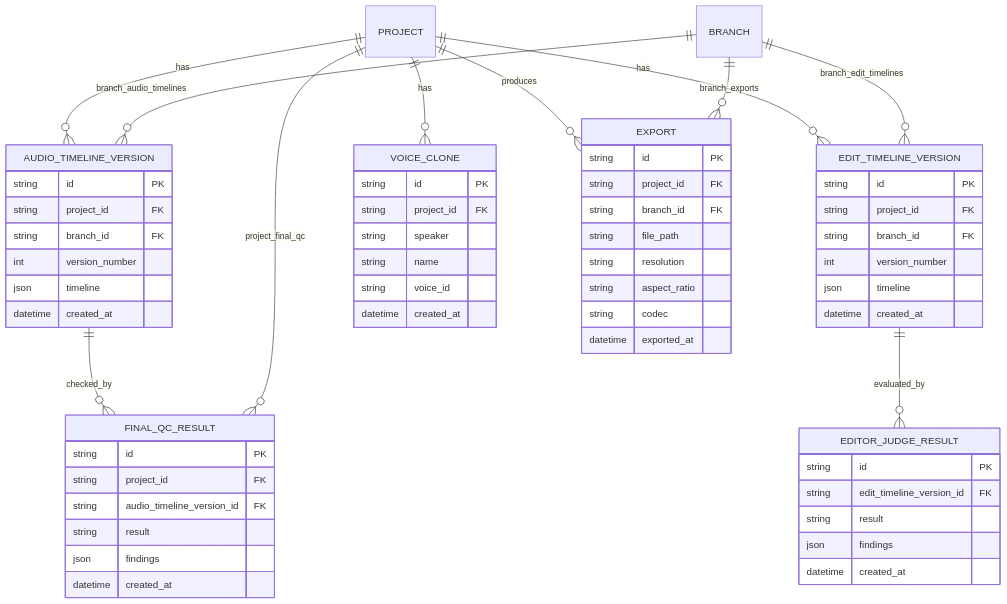
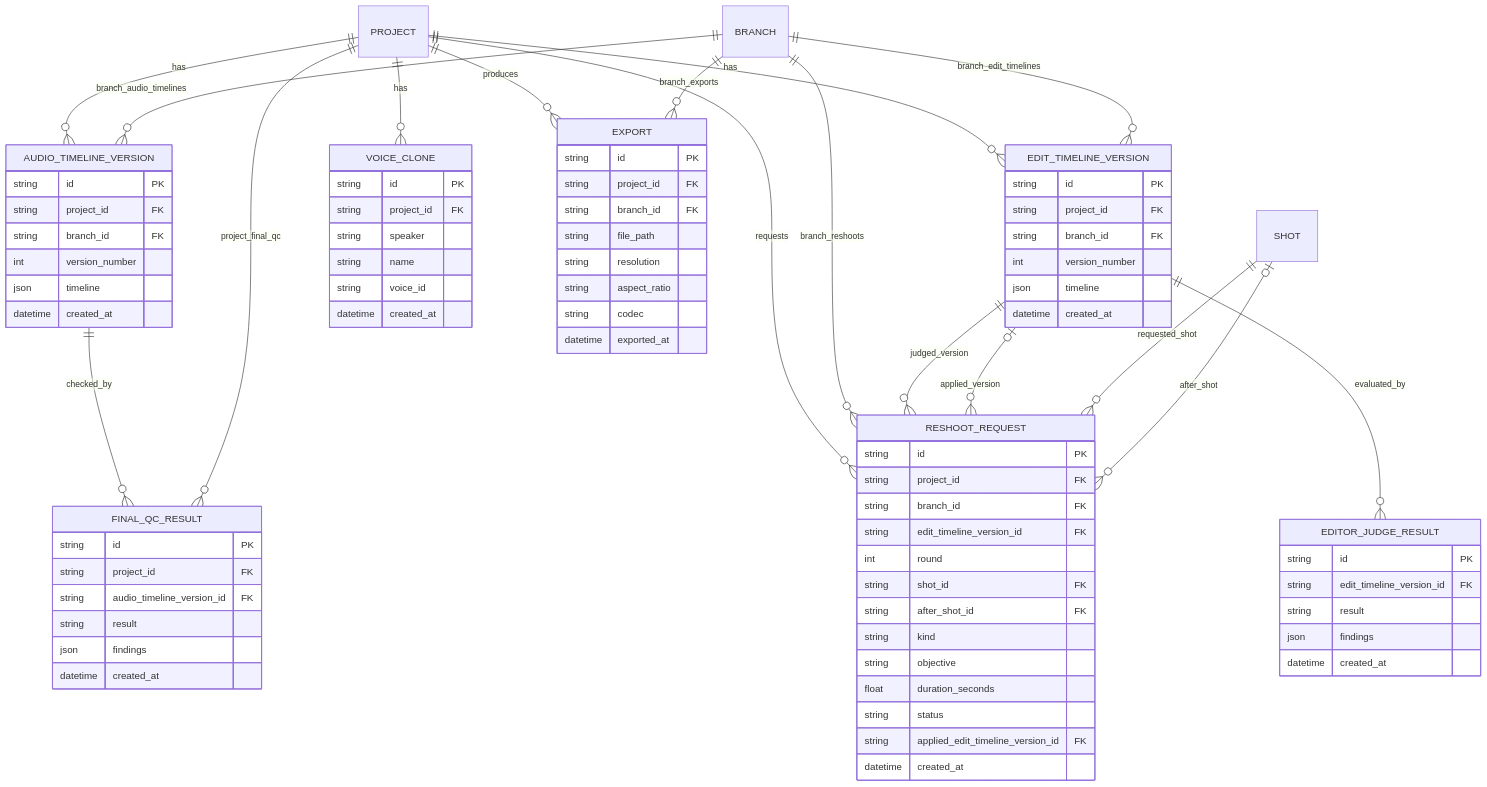
The fourth of 7 diagrams in spec/architecture/er.md (ousiassllc/mam), drawn with Mermaid before and after one commit. The commit also changed other lines of this file, not shown here.

Commit message:
docs: ER 図に欠落していたテーブルを追加 (#33)

```diff
--- a/spec/architecture/er.md
+++ b/spec/architecture/er.md
@@ -336,7 +362,28 @@
     BRANCH ||--o{ EDIT_TIMELINE_VERSION : branch_edit_timelines
     BRANCH ||--o{ AUDIO_TIMELINE_VERSION : branch_audio_timelines
     BRANCH ||--o{ EXPORT : branch_exports
+    PROJECT ||--o{ RESHOOT_REQUEST : requests
+    BRANCH ||--o{ RESHOOT_REQUEST : branch_reshoots
+    EDIT_TIMELINE_VERSION ||--o{ RESHOOT_REQUEST : judged_version
+    EDIT_TIMELINE_VERSION |o--o{ RESHOOT_REQUEST : applied_version
+    SHOT ||--o{ RESHOOT_REQUEST : requested_shot
+    SHOT |o--o{ RESHOOT_REQUEST : after_shot
 
+    RESHOOT_REQUEST {
+        string id PK
+        string project_id FK
+        string branch_id FK
+        string edit_timeline_version_id FK
+        int round
+        string shot_id FK
+        string after_shot_id FK
+        string kind
+        string objective
+        float duration_seconds
+        string status
+        string applied_edit_timeline_version_id FK
+        datetime created_at
+    }
     EDIT_TIMELINE_VERSION {
         string id PK
         string project_id FK
```
